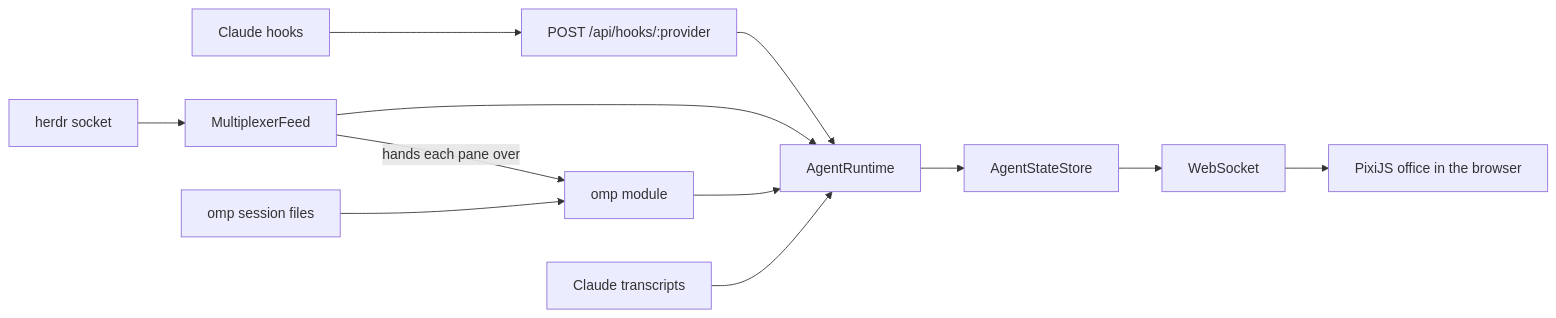
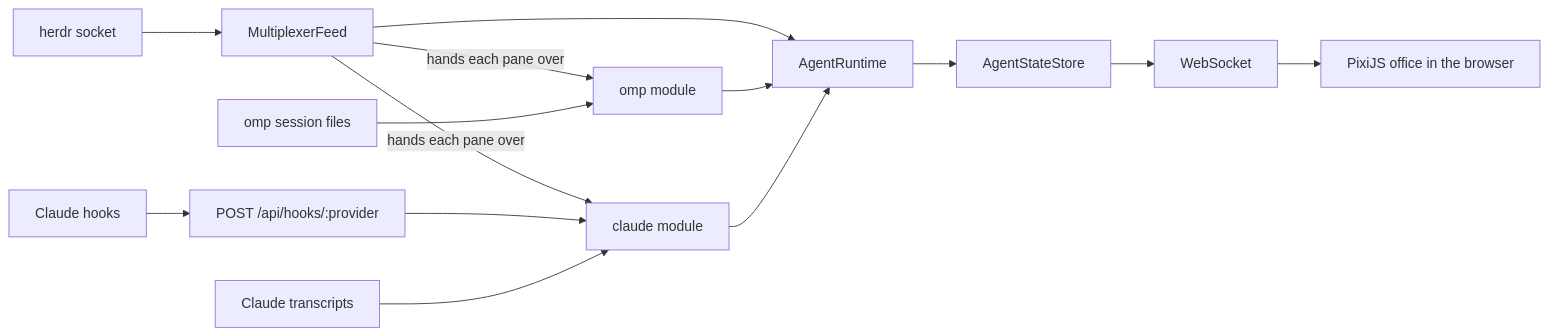
The diagram in README.md (Luckystrike561/terrarium), drawn with Mermaid before and after one commit. The commit also changed 77 other files, not shown here.

````diff
--- a/README.md
+++ b/README.md
@@ -141,14 +141,16 @@
 ```mermaid
 flowchart LR
   herdr[herdr socket] --> feed[MultiplexerFeed]
   feed -- hands each pane over --> ompmod[omp module]
+  feed -- hands each pane over --> claudemod[claude module]
   omp[omp session files] --> ompmod
   hooks[Claude hooks] --> api["POST /api/hooks/:provider"]
-  api --> runtime[AgentRuntime]
-  feed --> runtime
+  api --> claudemod
+  jsonl[Claude transcripts] --> claudemod
+  feed --> runtime[AgentRuntime]
   ompmod --> runtime
-  jsonl[Claude transcripts] --> runtime
+  claudemod --> runtime
   runtime --> store[AgentStateStore]
   store --> ws[WebSocket]
   ws --> office[PixiJS office in the browser]
 ```
````
